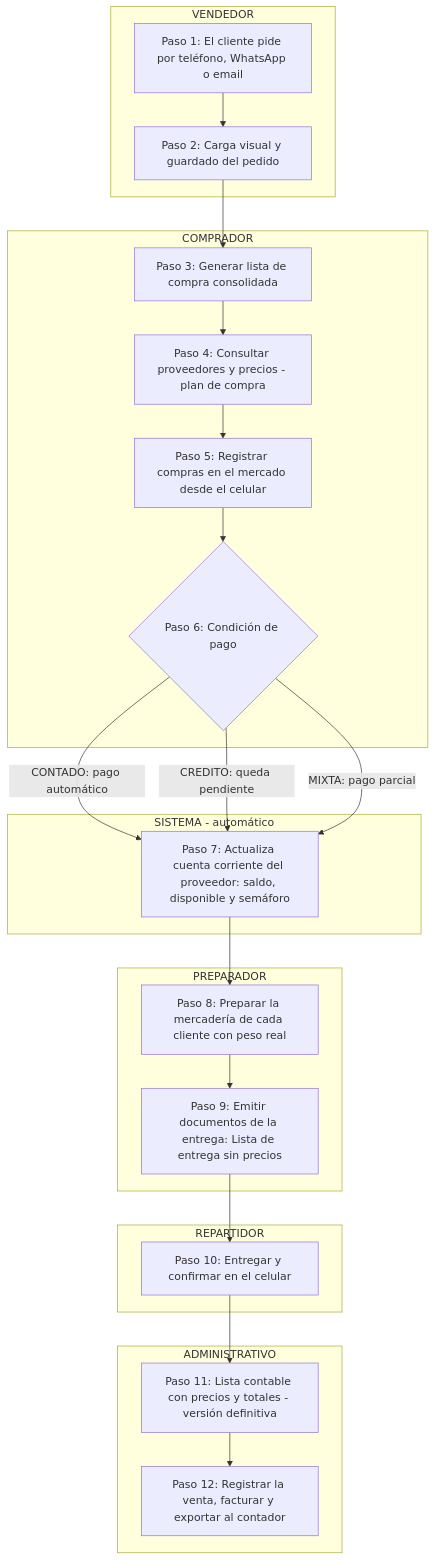
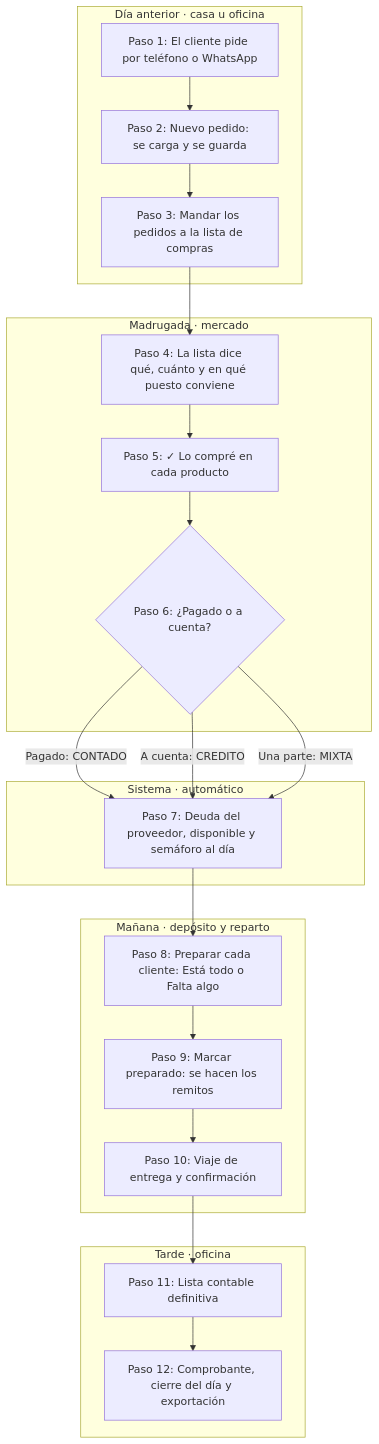
Before and after one commit to Facumirande/sistema-juan: the first of 8 diagrams in docs/plan/04-procesos-y-flujos.md, drawn with Mermaid. The commit also changed other lines of this file and 69 other files, not shown here.

First line of the commit message:
Pagos en un toque, datos para transferir, balance gráfico, entregar desde el viaje y docs al día

````diff
--- a/docs/plan/04-procesos-y-flujos.md
+++ b/docs/plan/04-procesos-y-flujos.md
@@ -87,32 +89,30 @@
 ```mermaid
 flowchart TD
-    subgraph VEN["VENDEDOR"]
-        S1["Paso 1: El cliente pide por teléfono, WhatsApp o email"]
-        S2["Paso 2: Carga visual y guardado del pedido"]
+    subgraph TARDE["Día anterior · casa u oficina"]
+        S1["Paso 1: El cliente pide por teléfono o WhatsApp"]
+        S2["Paso 2: Nuevo pedido: se carga y se guarda"]
+        S3["Paso 3: Mandar los pedidos a la lista de compras"]
     end
-    subgraph COM["COMPRADOR"]
-        S3["Paso 3: Generar lista de compra consolidada"]
-        S4["Paso 4: Consultar proveedores y precios - plan de compra"]
-        S5["Paso 5: Registrar compras en el mercado desde el celular"]
-        S6{"Paso 6: Condición de pago"}
+    subgraph MERCADO["Madrugada · mercado"]
+        S4["Paso 4: La lista dice qué, cuánto y en qué puesto conviene"]
+        S5["Paso 5: ✓ Lo compré en cada producto"]
+        S6{"Paso 6: ¿Pagado o a cuenta?"}
     end
-    subgraph SIS["SISTEMA - automático"]
-        S7["Paso 7: Actualiza cuenta corriente del proveedor: saldo, disponible y semáforo"]
+    subgraph SIS["Sistema · automático"]
+        S7["Paso 7: Deuda del proveedor, disponible y semáforo al día"]
     end
-    subgraph PRE["PREPARADOR"]
-        S8["Paso 8: Preparar la mercadería de cada cliente con peso real"]
-        S9["Paso 9: Emitir documentos de la entrega: Lista de entrega sin precios"]
+    subgraph DEPOSITO["Mañana · depósito y reparto"]
+        S8["Paso 8: Preparar cada cliente: Está todo o Falta algo"]
+        S9["Paso 9: Marcar preparado: se hacen los remitos"]
+        S10["Paso 10: Viaje de entrega y confirmación"]
     end
-    subgraph REP["REPARTIDOR"]
-        S10["Paso 10: Entregar y confirmar en el celular"]
-    end
-    subgraph ADM["ADMINISTRATIVO"]
-        S11["Paso 11: Lista contable con precios y totales - versión definitiva"]
-        S12["Paso 12: Registrar la venta, facturar y exportar al contador"]
+    subgraph OFICINA["Tarde · oficina"]
+        S11["Paso 11: Lista contable definitiva"]
+        S12["Paso 12: Comprobante, cierre del día y exportación"]
     end
     S1 --> S2 --> S3 --> S4 --> S5 --> S6
-    S6 -->|CONTADO: pago automático| S7
-    S6 -->|CREDITO: queda pendiente| S7
-    S6 -->|MIXTA: pago parcial| S7
+    S6 -->|Pagado: CONTADO| S7
+    S6 -->|A cuenta: CREDITO| S7
+    S6 -->|Una parte: MIXTA| S7
     S7 --> S8 --> S9 --> S10 --> S11 --> S12
 ```
````
